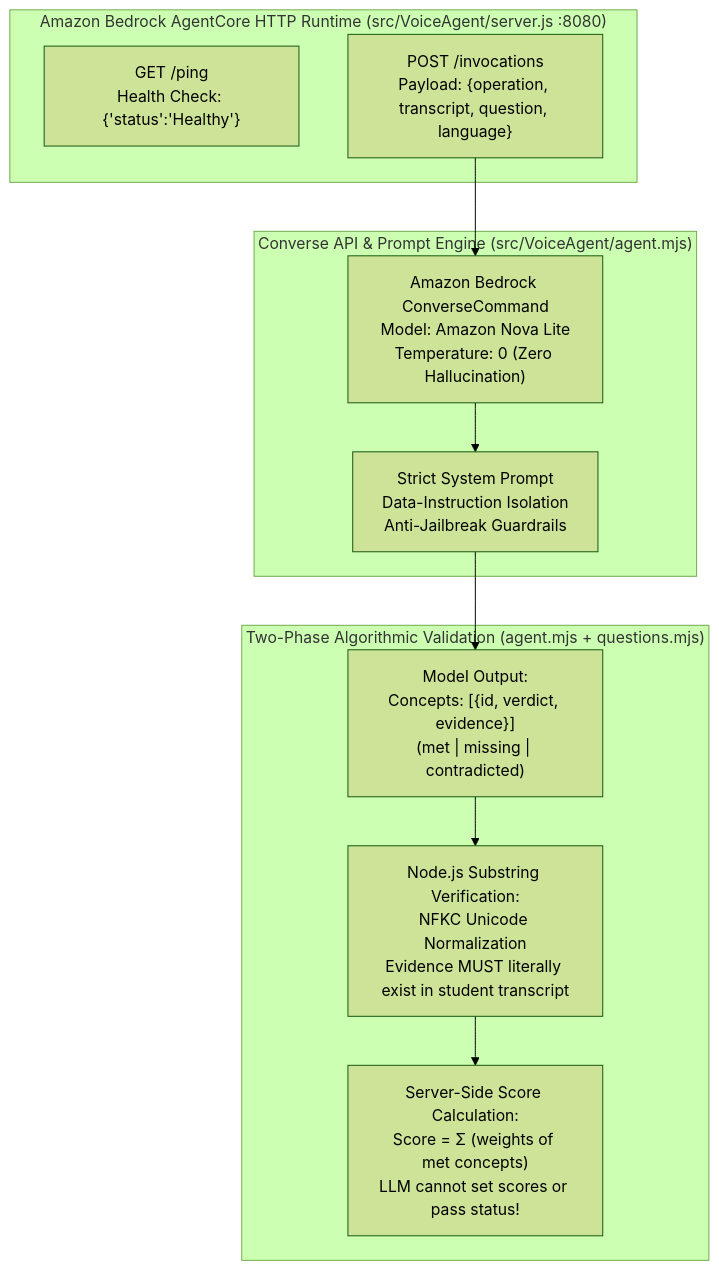
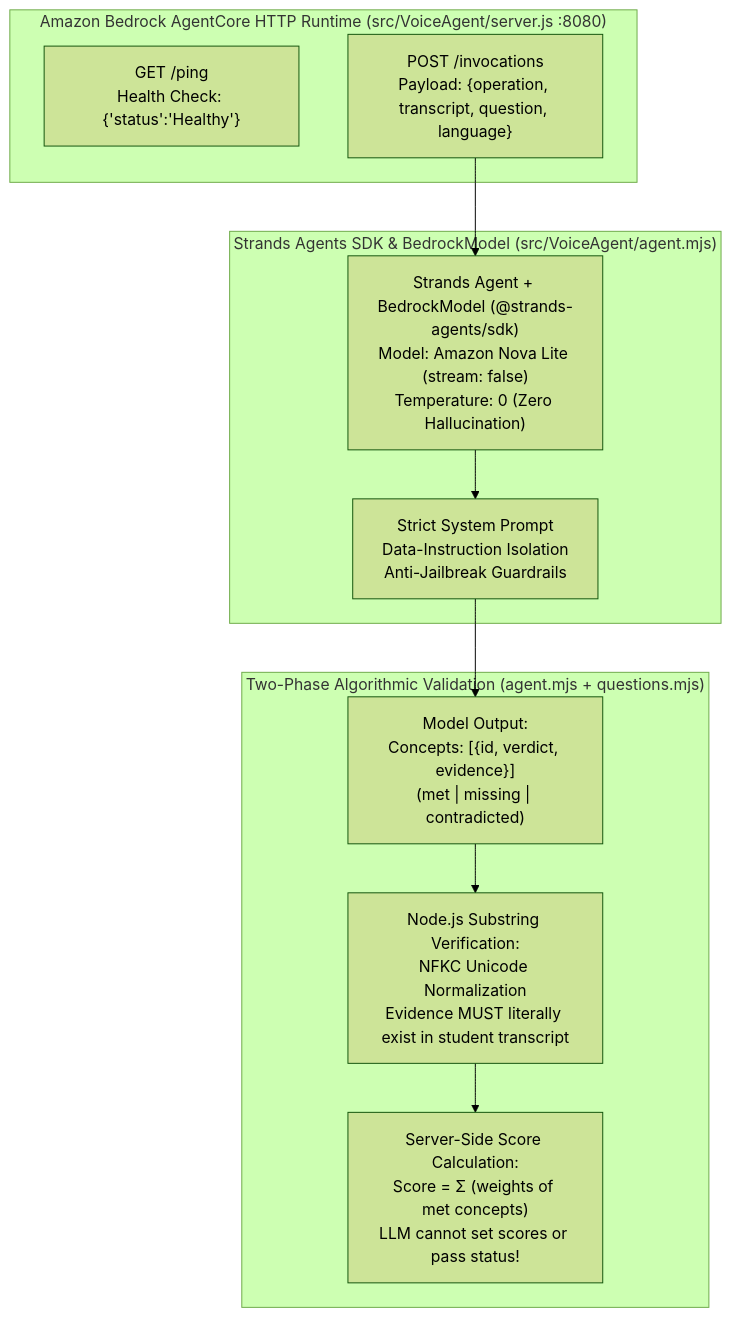
One commit to wongcyrus/The-Legend-of-AWS-Warrior changed the third of 3 diagrams in BLOG_POST_V2.md. Above: the diagram before and after it, drawn with Mermaid (forest theme). The commit also changed other lines of this file and 4 other files, not shown here.

Commit message:
Integrate Strands Agents SDK (@strands-agents/sdk) into AgentCore runtime and update blog/diagrams

````diff
--- a/BLOG_POST_V2.md
+++ b/BLOG_POST_V2.md
@@ -307,24 +307,24 @@
 ```mermaid
 flowchart TD
     subgraph AgentCoreRuntime["Amazon Bedrock AgentCore HTTP Runtime (src/VoiceAgent/server.js :8080)"]
         Ping["GET /ping<br/>Health Check: {'status':'Healthy'}"]
         Invocations["POST /invocations<br/>Payload: {operation, transcript, question, language}"]
     end
 
-    subgraph PromptEngine["Converse API & Prompt Engine (src/VoiceAgent/agent.mjs)"]
-        ZeroTemp["Amazon Bedrock ConverseCommand<br/>Model: Amazon Nova Lite<br/>Temperature: 0 (Zero Hallucination)"]
+    subgraph PromptEngine["Strands Agents SDK & BedrockModel (src/VoiceAgent/agent.mjs)"]
+        ZeroTemp["Strands Agent + BedrockModel (@strands-agents/sdk)<br/>Model: Amazon Nova Lite (stream: false)<br/>Temperature: 0 (Zero Hallucination)"]
         SysPrompt["Strict System Prompt<br/>Data-Instruction Isolation<br/>Anti-Jailbreak Guardrails"]
     end
 
     subgraph TwoPhaseValidation["Two-Phase Algorithmic Validation (agent.mjs + questions.mjs)"]
         LLMVerdict["Model Output:<br/>Concepts: [{id, verdict, evidence}]<br/>(met | missing | contradicted)"]
         SubstringCheck["Node.js Substring Verification:<br/>NFKC Unicode Normalization<br/>Evidence MUST literally exist in student transcript"]
         DeterministicScore["Server-Side Score Calculation:<br/>Score = Σ (weights of met concepts)<br/>LLM cannot set scores or pass status!"]
     end
 
     Invocations --> ZeroTemp
     ZeroTemp --> SysPrompt
     SysPrompt --> LLMVerdict
     LLMVerdict --> SubstringCheck
     SubstringCheck --> DeterministicScore
 ```
````
